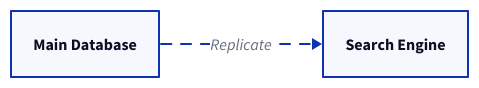
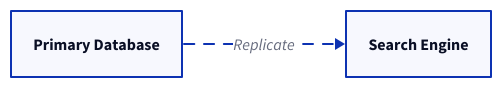
Diagram 19 of 19 in content/docs/data-persistence/nosql-database.md (link1905/system-design-101), drawn with D2 before and after one commit. The commit also changed other lines of this file and 49 other files, not shown here.

````diff
--- a/content/docs/data-persistence/nosql-database.md
+++ b/content/docs/data-persistence/nosql-database.md
@@ -818,12 +851,12 @@
 ```d2
 direction: right
-main: "Main Database" {
+main: "Primary Database" {
   class: db
 }
 s: "Search Engine" {
   class: se
 }
 main -> s: Replicate {
   style.animated: true
 }
 ```
````
